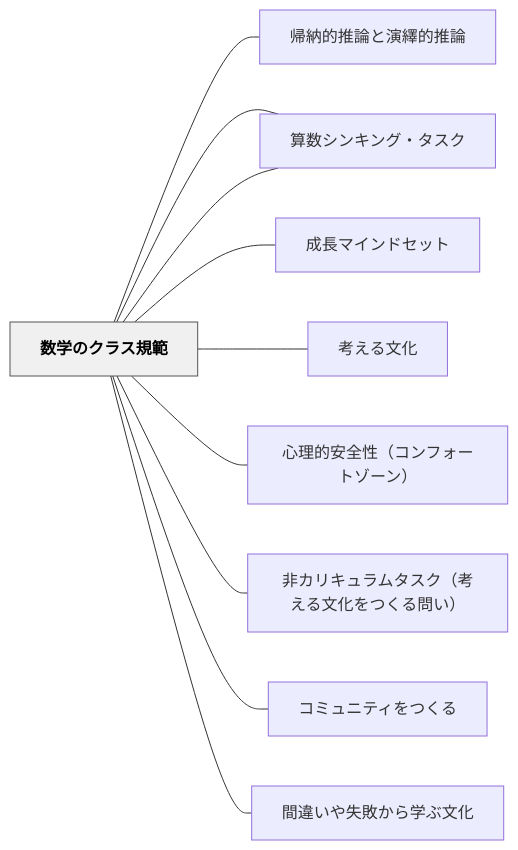
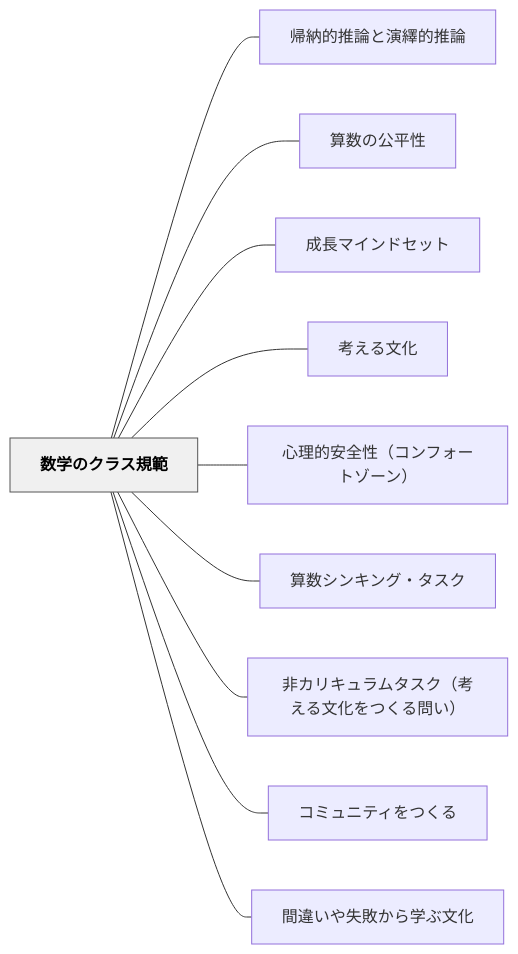
The diagram in content/パタン/数学のクラス規範.md (unknownthings-ed-patterns/unknownthings-ed-patterns), drawn with Mermaid before and after one commit. The commit also changed 527 other files, not shown here.

````diff
--- a/content/パタン/数学のクラス規範.md
+++ b/content/パタン/数学のクラス規範.md
@@ -121,26 +121,26 @@
 ```mermaid
 flowchart LR
-    ne695b0e5ada6["数学のクラス規範"]
-    ne5b8b0e7b48d["帰納的推論と演繹的推論"]
-    ne7ae97e695b0["算数の公平性"]
-    ne68890e995b7["成長マインドセット"]
-    ne88083e38188["考える文化"]
-    ne5bf83e79086["心理的安全性（コンフォートゾーン）"]
-    ne7ae97e695b0["算数シンキング・タスク"]
-    ne99d9ee382ab["非カリキュラムタスク（考える文化をつくる問い）"]
-    ne382b3e3839f["コミュニティをつくる"]
-    ne99693e98195["間違いや失敗から学ぶ文化"]
+    ne695b0e5ada6e381aee382afe383a9e382b9e8a68fe7af84["数学のクラス規範"]
+    ne5b8b0e7b48de79a84e68ea8e8ab96e381a8e6bc94e7b9b9e79a84e68ea8e8ab96["帰納的推論と演繹的推論"]
+    ne7ae97e695b0e381aee585ace5b9b3e680a7["算数の公平性"]
+    ne68890e995b7e3839ee382a4e383b3e38389e382bbe38383e38388["成長マインドセット"]
+    ne88083e38188e3828be69687e58c96["考える文化"]
+    ne5bf83e79086e79a84e5ae89e585a8e680a7efbc88e382b3e383b3e38395e382a9e383bce38388e382bee383bce383b3efbc89["心理的安全性（コンフォートゾーン）"]
+    ne7ae97e695b0e382b7e383b3e382ade383b3e382b0e383bbe382bfe382b9e382af["算数シンキング・タスク"]
+    ne99d9ee382abe383aae382ade383a5e383a9e383a0e382bfe382b9e382afefbc88e88083e38188e3828be69687e58c96e38292e381a4e3818fe3828be5958fe38184efbc89["非カリキュラムタスク（考える文化をつくる問い）"]
+    ne382b3e3839fe383a5e3838be38386e382a3e38292e381a4e3818fe3828b["コミュニティをつくる"]
+    ne99693e98195e38184e38284e5a4b1e69597e3818be38289e5ada6e381b6e69687e58c96["間違いや失敗から学ぶ文化"]
 
-    ne695b0e5ada6 --- ne5b8b0e7b48d
-    ne695b0e5ada6 --- ne7ae97e695b0
-    ne695b0e5ada6 --- ne68890e995b7
-    ne695b0e5ada6 --- ne88083e38188
-    ne695b0e5ada6 --- ne5bf83e79086
-    ne695b0e5ada6 --- ne7ae97e695b0
-    ne695b0e5ada6 --- ne99d9ee382ab
-    ne695b0e5ada6 --- ne382b3e3839f
-    ne695b0e5ada6 --- ne99693e98195
+    ne695b0e5ada6e381aee382afe383a9e382b9e8a68fe7af84 --- ne5b8b0e7b48de79a84e68ea8e8ab96e381a8e6bc94e7b9b9e79a84e68ea8e8ab96
+    ne695b0e5ada6e381aee382afe383a9e382b9e8a68fe7af84 --- ne7ae97e695b0e381aee585ace5b9b3e680a7
+    ne695b0e5ada6e381aee382afe383a9e382b9e8a68fe7af84 --- ne68890e995b7e3839ee382a4e383b3e38389e382bbe38383e38388
+    ne695b0e5ada6e381aee382afe383a9e382b9e8a68fe7af84 --- ne88083e38188e3828be69687e58c96
+    ne695b0e5ada6e381aee382afe383a9e382b9e8a68fe7af84 --- ne5bf83e79086e79a84e5ae89e585a8e680a7efbc88e382b3e383b3e38395e382a9e383bce38388e382bee383bce383b3efbc89
+    ne695b0e5ada6e381aee382afe383a9e382b9e8a68fe7af84 --- ne7ae97e695b0e382b7e383b3e382ade383b3e382b0e383bbe382bfe382b9e382af
+    ne695b0e5ada6e381aee382afe383a9e382b9e8a68fe7af84 --- ne99d9ee382abe383aae382ade383a5e383a9e383a0e382bfe382b9e382afefbc88e88083e38188e3828be69687e58c96e38292e381a4e3818fe3828be5958fe38184efbc89
+    ne695b0e5ada6e381aee382afe383a9e382b9e8a68fe7af84 --- ne382b3e3839fe383a5e3838be38386e382a3e38292e381a4e3818fe3828b
+    ne695b0e5ada6e381aee382afe383a9e382b9e8a68fe7af84 --- ne99693e98195e38184e38284e5a4b1e69597e3818be38289e5ada6e381b6e69687e58c96
 
     classDef hub fill:#f0f0f0,stroke:#555,color:#000,font-weight:bold
-    class ne695b0e5ada6 hub
+    class ne695b0e5ada6e381aee382afe383a9e382b9e8a68fe7af84 hub
 ```
````
